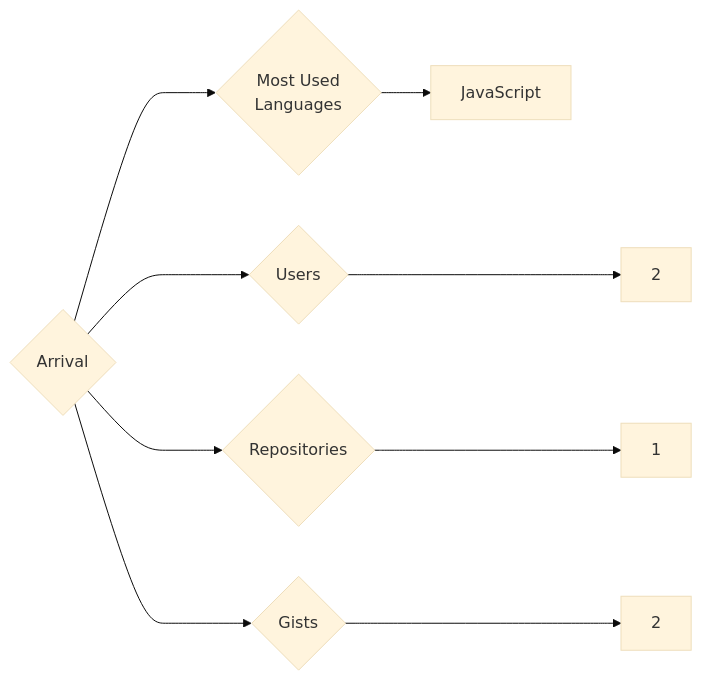
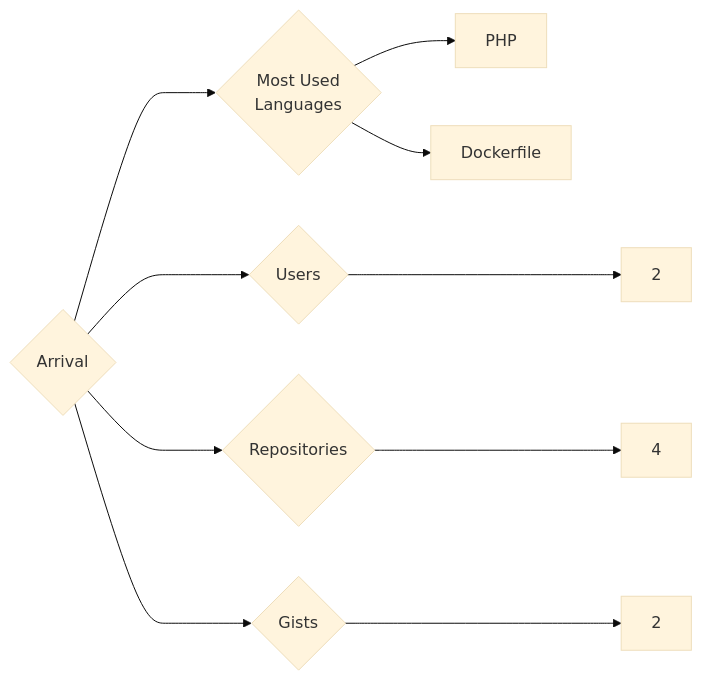
One commit to trickest/insiders changed the diagram in targets/Arrival/README.md. Above: the diagram before and after it, drawn with Mermaid (base theme). The commit also changed 964 other files, not shown here.

````diff
--- a/targets/Arrival/README.md
+++ b/targets/Arrival/README.md
@@ -3,9 +3,10 @@
 ```mermaid
 graph LR
 COMPANY_NAME{Arrival}
 COMPANY_NAME ---> U{Users} ---> UN[2]
-COMPANY_NAME ---> R{Repositories} ---> RN[1]
+COMPANY_NAME ---> R{Repositories} ---> RN[4]
 COMPANY_NAME ---> G{Gists} ---> GN[2]
 COMPANY_NAME ---> ML{Most Used<br>Languages}
-ML --> JavaScript[JavaScript]
+ML --> PHP[PHP]
+ML --> Dockerfile[Dockerfile]
 ```
````
